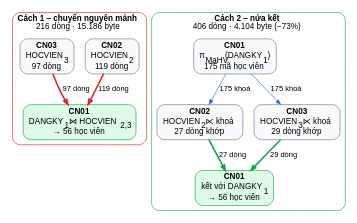
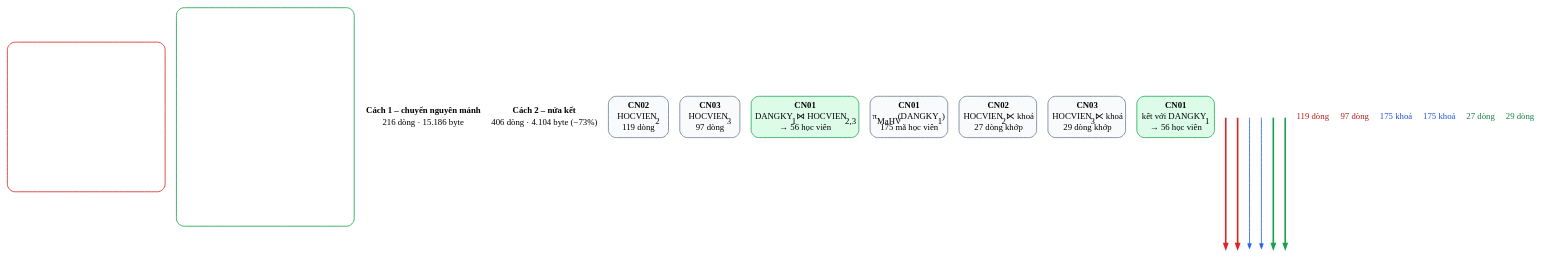
One commit to nhutruong-uit/ecms changed the diagram in report/images/ch5/nua-ket.dot. Above: the diagram before and after it, drawn with Graphviz. The commit also changed 67 other files, not shown here.

```diff
--- a/report/images/ch5/nua-ket.dot
+++ b/report/images/ch5/nua-ket.dot
@@ -1,29 +1,59 @@
-// Nửa kết (semi-join) tại trạm CN01 so với chuyển nguyên mảnh (T30) – database/13_distributed.sql mục 8
-//   dot -Tpng -Gdpi=200 nua-ket.dot -o nua-ket.png
+// Nửa kết (semi-join) tại trạm CN01 so với chuyển nguyên mảnh (Hình 5.3) – database/13_distributed.sql mục 8
+//   neato -n -Tpng -Gdpi=200 report/images/ch5/nua-ket.dot -o report/images/ch5/nua-ket.png
+// Toạ độ cố định (pos, đơn vị point): hai khung cùng mép dưới; hàng CN02/CN03 và hàng CN01 nhận kết quả của hai cách
+// nằm cùng độ cao để so sánh (Cách 1 không có bước gửi khoá nên khung thấp hơn). Mũi tên là đoạn thẳng nối các điểm neo ẩn trên mép ô; nét đậm là dữ liệu dòng, nét mảnh
+// là danh sách khoá. Nhãn đặt ngoài đường, không đè lên nét. Ảnh rộng ~ 19,5 cm → in 15 cm, chữ 14 pt in ~ 10,8 pt.
+// Phông Times New Roman như thân báo cáo (dấu phẩy cuối tên phông bắt buộc với Pango).
 digraph NuaKet {
-  rankdir=TB; nodesep=0.25; ranksep=0.5; fontname="Arial"; bgcolor="white"; newrank=true;
-  node [fontname="Arial", fontsize=13, shape=box, style="rounded,filled", color="#64748b", fillcolor="#f8fafc"];
-  edge [fontname="Arial", fontsize=12, arrowsize=0.8];
+  graph [splines=line, pad=0.06, bgcolor="white"];
+  node  [fontname="Times New Roman,", fontsize=14, shape=box, style="rounded,filled", color="#64748b", fillcolor="#f8fafc",
+         fixedsize=true, height=0.9167, margin=0, penwidth=1.2];
+  edge  [arrowsize=0.8];
 
-  subgraph cluster_a {
-    label=<<B>Cách 1 – chuyển nguyên mảnh</B><BR/>216 dòng · 15.186 byte>; fontsize=13; style="rounded"; color="#dc2626";
-    A2 [label=<<TABLE BORDER="0" CELLBORDER="0" CELLSPACING="0"><TR><TD CELLPADDING="1"><B>CN02</B></TD></TR><TR><TD CELLPADDING="1">HOCVIEN<SUB>2</SUB></TD></TR><TR><TD CELLPADDING="1">119 dòng</TD></TR></TABLE>>];
-    A3 [label=<<TABLE BORDER="0" CELLBORDER="0" CELLSPACING="0"><TR><TD CELLPADDING="1"><B>CN03</B></TD></TR><TR><TD CELLPADDING="1">HOCVIEN<SUB>3</SUB></TD></TR><TR><TD CELLPADDING="1">97 dòng</TD></TR></TABLE>>];
-    A1 [label=<<TABLE BORDER="0" CELLBORDER="0" CELLSPACING="0"><TR><TD CELLPADDING="1"><B>CN01</B></TD></TR><TR><TD CELLPADDING="1">DANGKY<SUB>1</SUB> ⋈ HOCVIEN<SUB>2,3</SUB></TD></TR><TR><TD CELLPADDING="1">→ 56 học viên</TD></TR></TABLE>>, fillcolor="#dcfce7", color="#16a34a"];
-    A2 -> A1 [label="119 dòng", color="#dc2626", penwidth=2.5];
-    A3 -> A1 [label=" 97 dòng", color="#dc2626", penwidth=2.5];
-  }
+  // ---- hai khung (vẽ trước, không tô nền)
+  k1 [pos="126,119.5!", width=3.5000, height=3.3194, label="", style="rounded", color="#dc2626", penwidth=1.3];
+  k2 [pos="404,174.5!", width=3.9444, height=4.8472, label="", style="rounded", color="#16a34a", penwidth=1.3];
+  node [shape=plain, style="", fixedsize=false, width=0, height=0];
+  t1 [pos="126,214.5!", label=<<TABLE BORDER="0" CELLBORDER="0" CELLSPACING="0"><TR><TD CELLPADDING="1"><B>Cách 1 – chuyển nguyên mảnh</B></TD></TR><TR><TD CELLPADDING="1">216 dòng · 15.186 byte</TD></TR></TABLE>>];
+  t2 [pos="404,324.5!", label=<<TABLE BORDER="0" CELLBORDER="0" CELLSPACING="0"><TR><TD CELLPADDING="1"><B>Cách 2 – nửa kết</B></TD></TR><TR><TD CELLPADDING="1">406 dòng · 4.104 byte (−73%)</TD></TR></TABLE>>];
 
-  subgraph cluster_b {
-    label=<<B>Cách 2 – nửa kết</B><BR/>406 dòng · 4.104 byte (−73%)>; fontsize=13; style="rounded"; color="#16a34a";
-    B1 [label=<<TABLE BORDER="0" CELLBORDER="0" CELLSPACING="0"><TR><TD CELLPADDING="1"><B>CN01</B></TD></TR><TR><TD CELLPADDING="1">π<SUB>MaHV</SUB>(DANGKY<SUB>1</SUB>)</TD></TR><TR><TD CELLPADDING="1">175 mã học viên</TD></TR></TABLE>>];
-    B2 [label=<<TABLE BORDER="0" CELLBORDER="0" CELLSPACING="0"><TR><TD CELLPADDING="1"><B>CN02</B></TD></TR><TR><TD CELLPADDING="1">HOCVIEN<SUB>2</SUB> ⋉ khoá</TD></TR><TR><TD CELLPADDING="1">27 dòng khớp</TD></TR></TABLE>>];
-    B3 [label=<<TABLE BORDER="0" CELLBORDER="0" CELLSPACING="0"><TR><TD CELLPADDING="1"><B>CN03</B></TD></TR><TR><TD CELLPADDING="1">HOCVIEN<SUB>3</SUB> ⋉ khoá</TD></TR><TR><TD CELLPADDING="1">29 dòng khớp</TD></TR></TABLE>>];
-    B4 [label=<<TABLE BORDER="0" CELLBORDER="0" CELLSPACING="0"><TR><TD CELLPADDING="1"><B>CN01</B></TD></TR><TR><TD CELLPADDING="1">kết với DANGKY<SUB>1</SUB></TD></TR><TR><TD CELLPADDING="1">→ 56 học viên</TD></TR></TABLE>>, fillcolor="#dcfce7", color="#16a34a"];
-    B1 -> B2 [label="175 khoá", color="#2563eb"];
-    B1 -> B3 [label=" 175 khoá", color="#2563eb"];
-    B2 -> B4 [label="27 dòng", color="#16a34a", penwidth=2.5];
-    B3 -> B4 [label=" 29 dòng", color="#16a34a", penwidth=2.5];
-  }
-  { rank=same; A2; A3; B1; }
+  // ---- Cách 1: hai trạm gửi nguyên mảnh về CN01
+  node [shape=box, style="rounded,filled", fixedsize=true, height=0.9167];
+  A2 [pos="58,153!", width=1.3333, label=<<TABLE BORDER="0" CELLBORDER="0" CELLSPACING="0"><TR><TD CELLPADDING="1"><B>CN02</B></TD></TR><TR><TD CELLPADDING="1">HOCVIEN<SUB>2</SUB></TD></TR><TR><TD CELLPADDING="1">119 dòng</TD></TR></TABLE>>];
+  A3 [pos="194,153!", width=1.3333, label=<<TABLE BORDER="0" CELLBORDER="0" CELLSPACING="0"><TR><TD CELLPADDING="1"><B>CN03</B></TD></TR><TR><TD CELLPADDING="1">HOCVIEN<SUB>3</SUB></TD></TR><TR><TD CELLPADDING="1">97 dòng</TD></TR></TABLE>>];
+  A1 [pos="126,43!", width=2.3889, label=<<TABLE BORDER="0" CELLBORDER="0" CELLSPACING="0"><TR><TD CELLPADDING="1"><B>CN01</B></TD></TR><TR><TD CELLPADDING="1">DANGKY<SUB>1</SUB> ⋈ HOCVIEN<SUB>2,3</SUB></TD></TR><TR><TD CELLPADDING="1">→ 56 học viên</TD></TR></TABLE>>, fillcolor="#dcfce7", color="#16a34a"];
+
+  // ---- Cách 2: gửi khoá đi, nhận về dòng khớp
+  B1 [pos="404,263!", width=1.7222, label=<<TABLE BORDER="0" CELLBORDER="0" CELLSPACING="0"><TR><TD CELLPADDING="1"><B>CN01</B></TD></TR><TR><TD CELLPADDING="1">π<SUB>MaHV</SUB>(DANGKY<SUB>1</SUB>)</TD></TR><TR><TD CELLPADDING="1">175 mã học viên</TD></TR></TABLE>>];
+  B2 [pos="334,153!", width=1.7222, label=<<TABLE BORDER="0" CELLBORDER="0" CELLSPACING="0"><TR><TD CELLPADDING="1"><B>CN02</B></TD></TR><TR><TD CELLPADDING="1">HOCVIEN<SUB>2</SUB> ⋉ khoá</TD></TR><TR><TD CELLPADDING="1">27 dòng khớp</TD></TR></TABLE>>];
+  B3 [pos="474,153!", width=1.7222, label=<<TABLE BORDER="0" CELLBORDER="0" CELLSPACING="0"><TR><TD CELLPADDING="1"><B>CN03</B></TD></TR><TR><TD CELLPADDING="1">HOCVIEN<SUB>3</SUB> ⋉ khoá</TD></TR><TR><TD CELLPADDING="1">29 dòng khớp</TD></TR></TABLE>>];
+  B4 [pos="404,43!", width=1.7222, label=<<TABLE BORDER="0" CELLBORDER="0" CELLSPACING="0"><TR><TD CELLPADDING="1"><B>CN01</B></TD></TR><TR><TD CELLPADDING="1">kết với DANGKY<SUB>1</SUB></TD></TR><TR><TD CELLPADDING="1">→ 56 học viên</TD></TR></TABLE>>, fillcolor="#dcfce7", color="#16a34a"];
+
+  // ---- điểm neo ẩn trên mép ô
+  node [shape=point, width=0.01, height=0.01, style=invis, label=""];
+  p1 [pos="58,120!"];
+  q1 [pos="58,76!"];
+  p2 [pos="194,120!"];
+  q2 [pos="194,76!"];
+  p3 [pos="382,230!"];
+  q3 [pos="334,186!"];
+  p4 [pos="426,230!"];
+  q4 [pos="474,186!"];
+  p5 [pos="334,120!"];
+  q5 [pos="382,76!"];
+  p6 [pos="474,120!"];
+  q6 [pos="426,76!"];
+
+  // ---- nhãn lượng dữ liệu, đặt ngoài nét
+  node [shape=plain, style="", fixedsize=false, width=0, height=0];
+  n1 [pos="89.5,98!", label="119 dòng", fontcolor="#b91c1c"];
+  n2 [pos="164.5,98!", label="97 dòng", fontcolor="#b91c1c"];
+  n3 [pos="315,208!", label="175 khoá", fontcolor="#1d4ed8"];
+  n4 [pos="493,208!", label="175 khoá", fontcolor="#1d4ed8"];
+  n5 [pos="317,98!", label="27 dòng", fontcolor="#15803d"];
+  n6 [pos="491,98!", label="29 dòng", fontcolor="#15803d"];
+
+  p1 -> q1 [color="#dc2626", penwidth=2.6]; p2 -> q2 [color="#dc2626", penwidth=2.6];
+  p3 -> q3 [color="#2563eb", penwidth=1.3]; p4 -> q4 [color="#2563eb", penwidth=1.3];
+  p5 -> q5 [color="#16a34a", penwidth=2.6]; p6 -> q6 [color="#16a34a", penwidth=2.6];
 }
```
